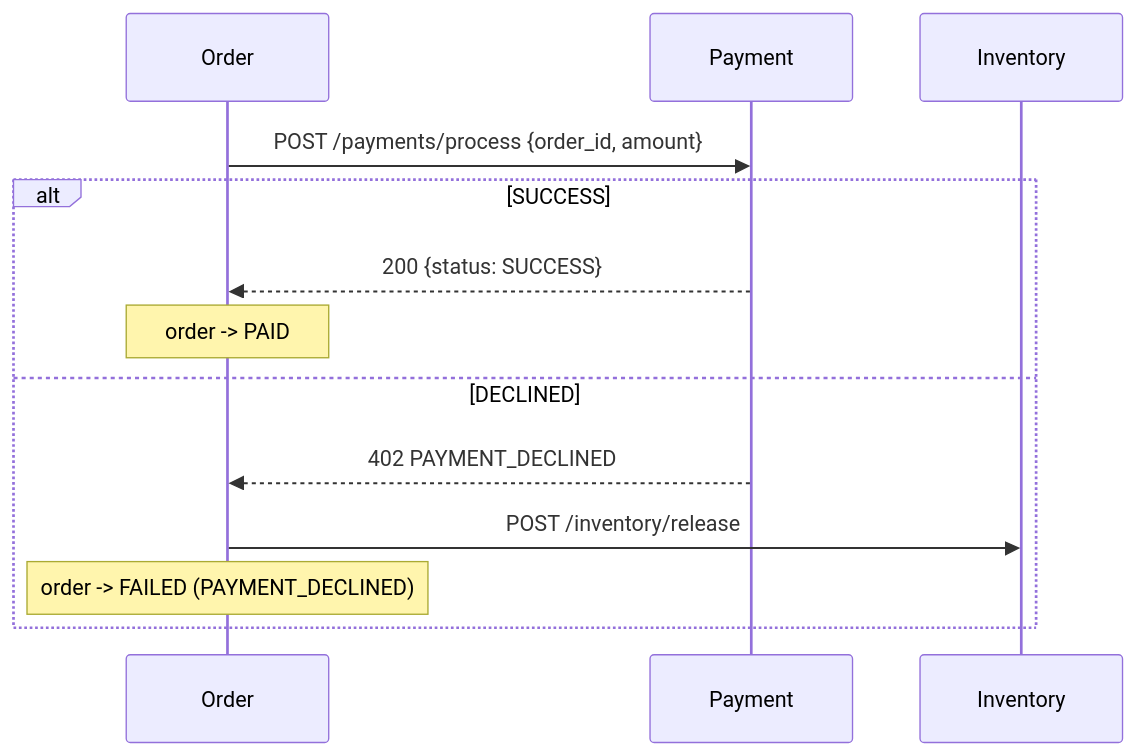
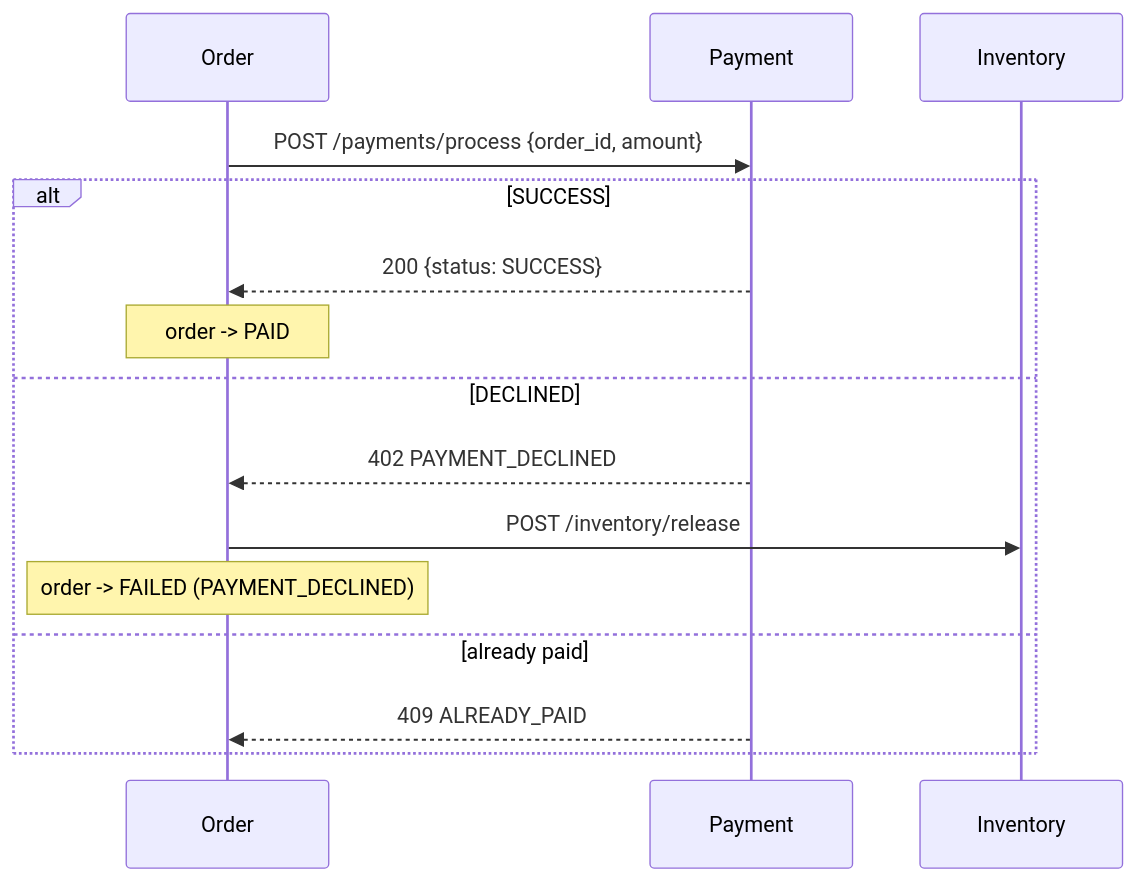
The diagram in docs/microservices/payment-service.md (poph2/datastack), drawn with Mermaid before and after one commit. The commit also changed other lines of this file and 87 other files, not shown here.

````diff
--- a/docs/microservices/payment-service.md
+++ b/docs/microservices/payment-service.md
@@ -97,15 +159,17 @@
 ```mermaid
 sequenceDiagram
   participant O as Order
   participant P as Payment
   participant I as Inventory
   O->>P: POST /payments/process {order_id, amount}
   alt SUCCESS
     P-->>O: 200 {status: SUCCESS}
     Note over O: order -> PAID
   else DECLINED
     P-->>O: 402 PAYMENT_DECLINED
     O->>I: POST /inventory/release
     Note over O: order -> FAILED (PAYMENT_DECLINED)
+  else already paid
+    P-->>O: 409 ALREADY_PAID
   end
 ```
````
